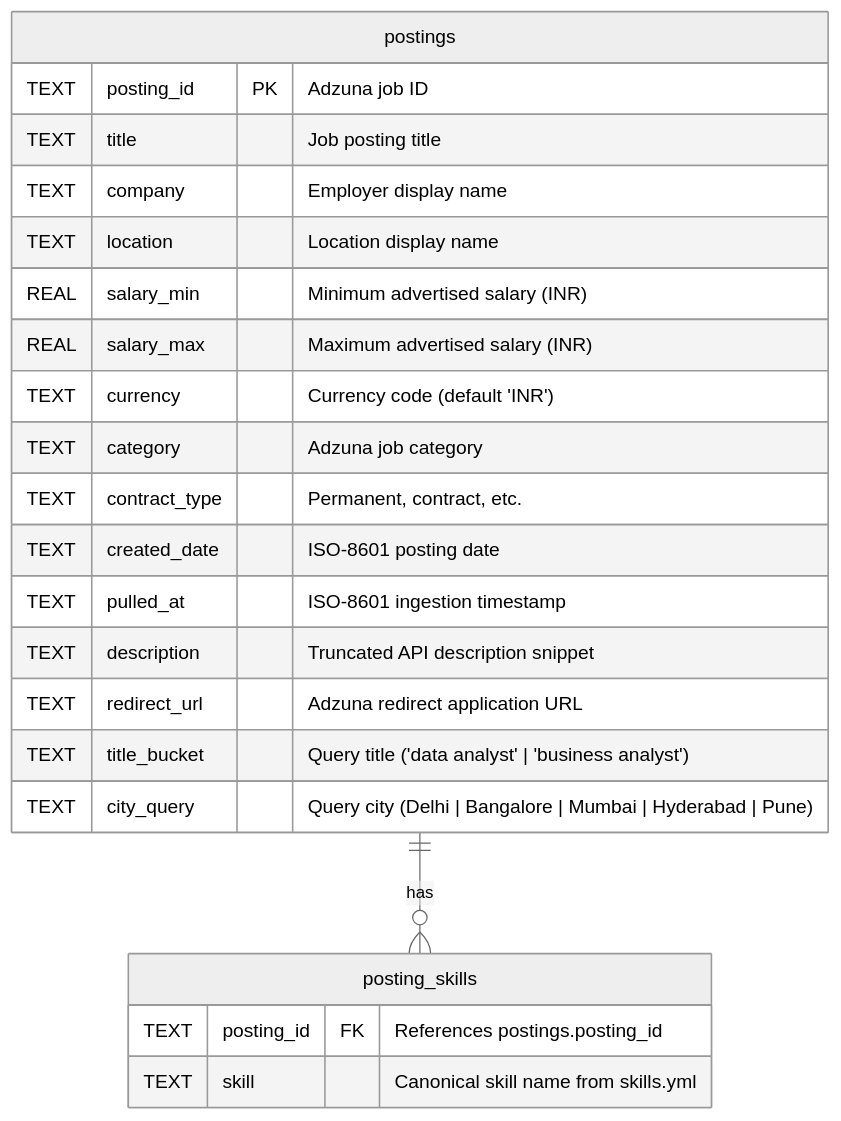
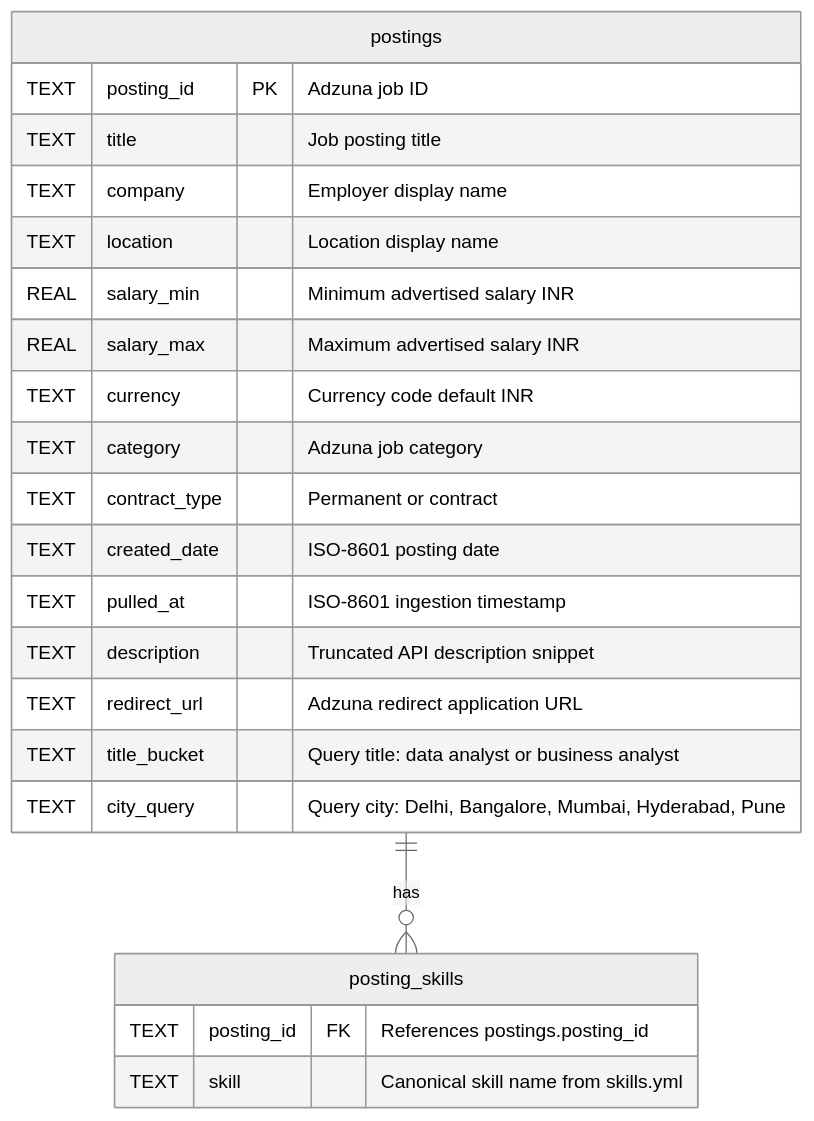
The third of 4 diagrams in README.md (dummycodertech/adzuna-job-intelligence), drawn with Mermaid (neutral theme) before and after one commit. The commit also changed other lines of this file, not shown here.

Commit message:
fix(docs): resolve Mermaid syntax parsing errors in system flowchart and ERD

````diff
--- a/README.md
+++ b/README.md
@@ -238,25 +239,25 @@
 ```mermaid
 erDiagram
     postings ||--o{ posting_skills : "has"
     postings {
         TEXT posting_id PK "Adzuna job ID"
         TEXT title "Job posting title"
         TEXT company "Employer display name"
         TEXT location "Location display name"
-        REAL salary_min "Minimum advertised salary (INR)"
-        REAL salary_max "Maximum advertised salary (INR)"
-        TEXT currency "Currency code (default 'INR')"
+        REAL salary_min "Minimum advertised salary INR"
+        REAL salary_max "Maximum advertised salary INR"
+        TEXT currency "Currency code default INR"
         TEXT category "Adzuna job category"
-        TEXT contract_type "Permanent, contract, etc."
+        TEXT contract_type "Permanent or contract"
         TEXT created_date "ISO-8601 posting date"
         TEXT pulled_at "ISO-8601 ingestion timestamp"
         TEXT description "Truncated API description snippet"
         TEXT redirect_url "Adzuna redirect application URL"
-        TEXT title_bucket "Query title ('data analyst' | 'business analyst')"
-        TEXT city_query "Query city (Delhi | Bangalore | Mumbai | Hyderabad | Pune)"
+        TEXT title_bucket "Query title: data analyst or business analyst"
+        TEXT city_query "Query city: Delhi, Bangalore, Mumbai, Hyderabad, Pune"
     }
     posting_skills {
         TEXT posting_id FK "References postings.posting_id"
         TEXT skill "Canonical skill name from skills.yml"
     }
 ```
````
